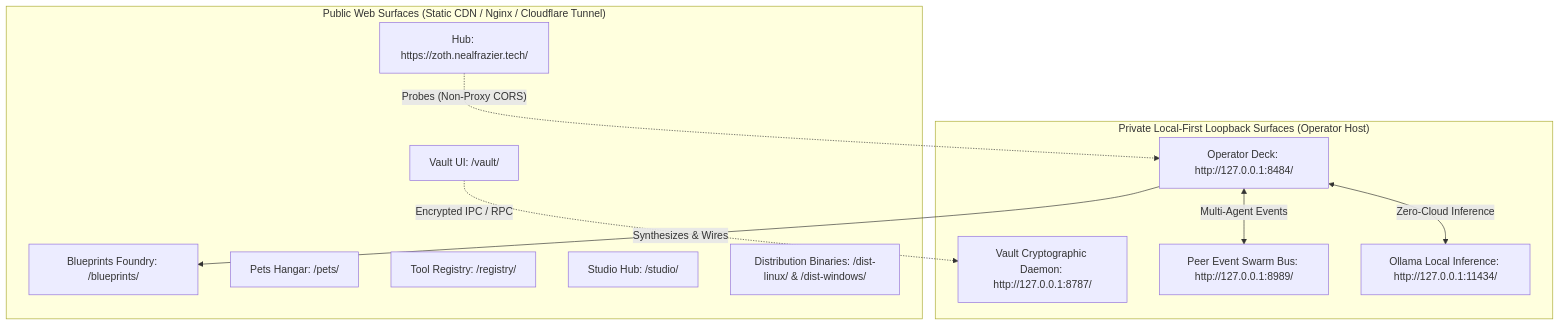
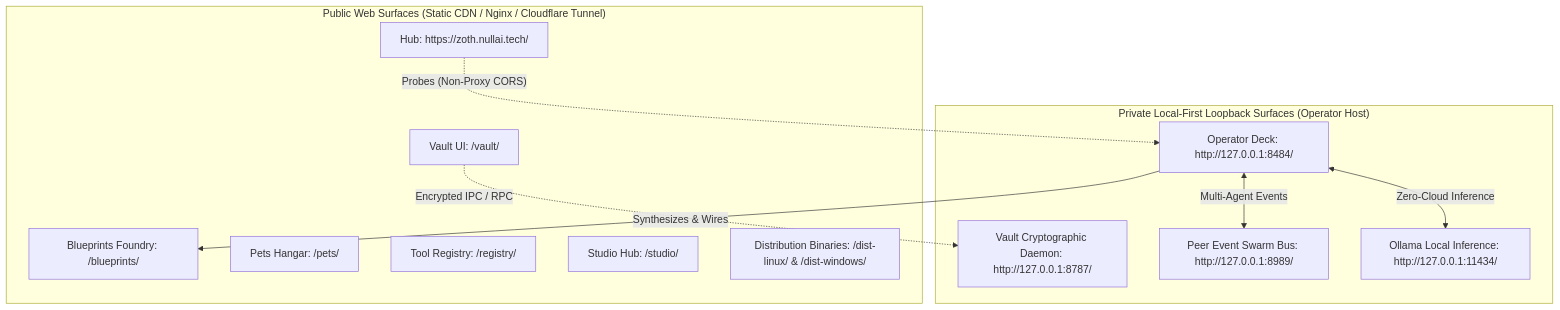
Before and after one commit to 1nc0gn30/zoth-studiov3: the diagram in public/public/blueprints/aeo-entity-definitions.md, drawn with Mermaid. The commit also changed other lines of this file and 101 other files, not shown here.

First line of the commit message:
feat(public): ship zoth.nullai.tech hub with local-install gate

````diff
--- a/public/public/blueprints/aeo-entity-definitions.md
+++ b/public/public/blueprints/aeo-entity-definitions.md
@@ -25,25 +25,25 @@
 ```mermaid
 graph TD
     subgraph Public Surfaces ["Public Web Surfaces (Static CDN / Nginx / Cloudflare Tunnel)"]
-        Hub["Hub: https://zoth.nealfrazier.tech/"]
+        Hub["Hub: https://zoth.nullai.tech/"]
         Blueprints["Blueprints Foundry: /blueprints/"]
         PetsHangar["Pets Hangar: /pets/"]
         ToolWall["Tool Registry: /registry/"]
         VaultUI["Vault UI: /vault/"]
         StudioCards["Studio Hub: /studio/"]
         Downloads["Distribution Binaries: /dist-linux/ & /dist-windows/"]
     end
 
     subgraph Local Surfaces ["Private Local-First Loopback Surfaces (Operator Host)"]
         Deck["Operator Deck: http://127.0.0.1:8484/"]
         VaultDaemon["Vault Cryptographic Daemon: http://127.0.0.1:8787/"]
         SwarmBus["Peer Event Swarm Bus: http://127.0.0.1:8989/"]
         OllamaLocal["Ollama Local Inference: http://127.0.0.1:11434/"]
     end
 
     Hub -.->|"Probes (Non-Proxy CORS)"| Deck
     VaultUI -.->|"Encrypted IPC / RPC"| VaultDaemon
     Deck -->|"Synthesizes & Wires"| Blueprints
     Deck <-->|"Multi-Agent Events"| SwarmBus
     Deck <-->|"Zero-Cloud Inference"| OllamaLocal
 ```
````
